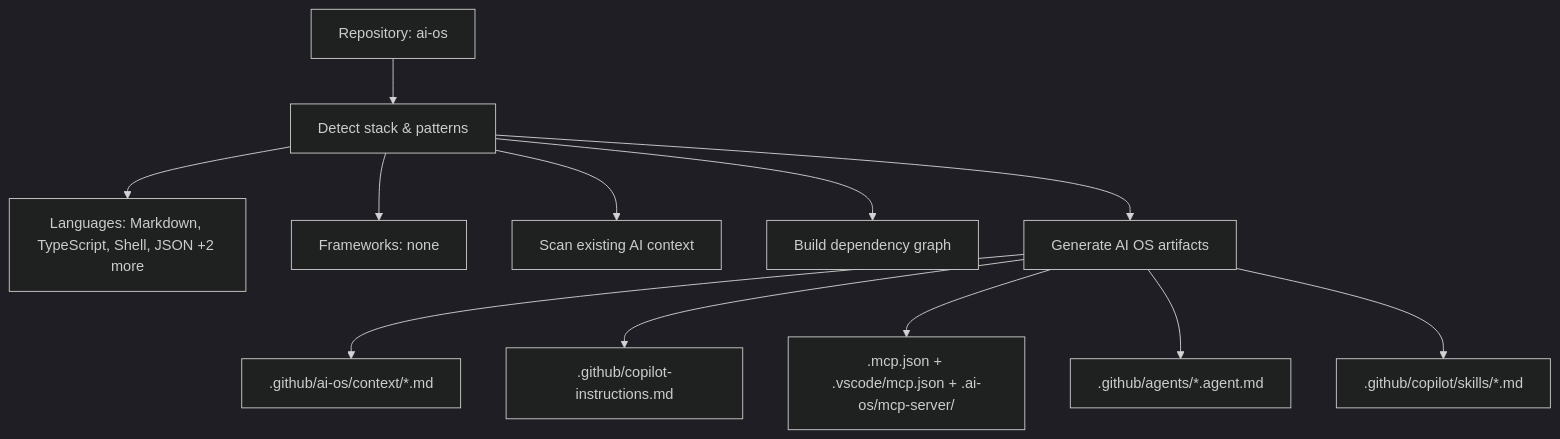
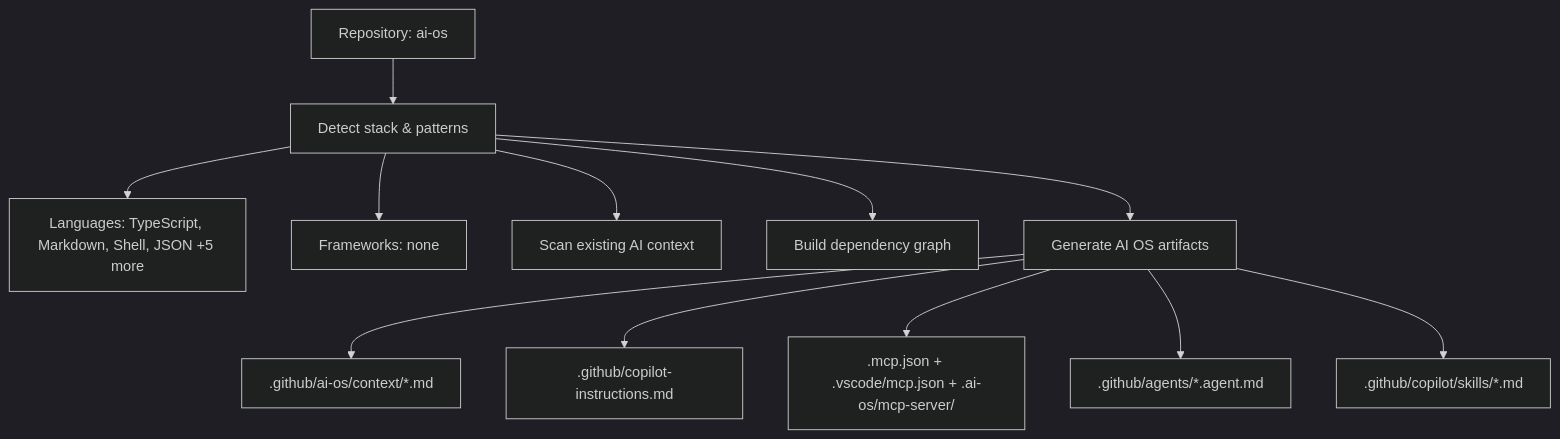
One commit to marinvch/Cortex changed the diagram in .github/ai-os/context/architecture.md. Above: the diagram before and after it, drawn with Mermaid (dark theme). The commit also changed other lines of this file and 48 other files, not shown here.

````diff
--- a/.github/ai-os/context/architecture.md
+++ b/.github/ai-os/context/architecture.md
@@ -38,14 +43,14 @@
 ```mermaid
 flowchart TD
   Repo["Repository: ai-os"] --> Detect["Detect stack & patterns"]
-  Detect --> Lang["Languages: Markdown, TypeScript, Shell, JSON +2 more"]
+  Detect --> Lang["Languages: TypeScript, Markdown, Shell, JSON +5 more"]
   Detect --> Fw["Frameworks: none"]
   Detect --> Ctx["Scan existing AI context"]
   Detect --> Graph["Build dependency graph"]
   Detect --> Generate["Generate AI OS artifacts"]
   Generate --> Docs[".github/ai-os/context/*.md"]
   Generate --> Instr[".github/copilot-instructions.md"]
   Generate --> MCP[".mcp.json + .vscode/mcp.json + .ai-os/mcp-server/"]
   Generate --> Agents[".github/agents/*.agent.md"]
   Generate --> Skills[".github/copilot/skills/*.md"]
 ```
````
